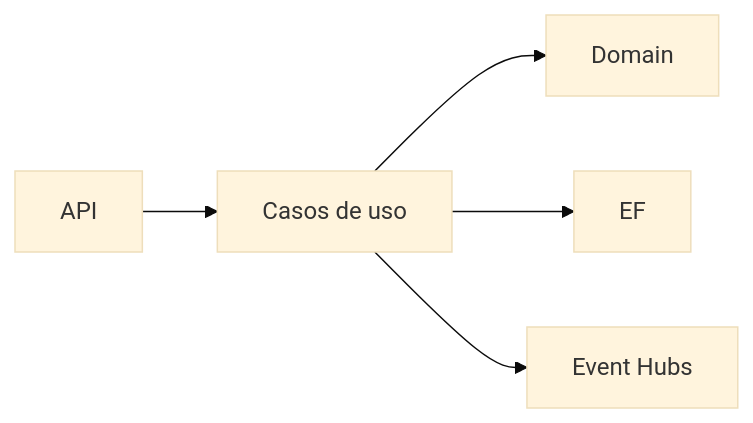
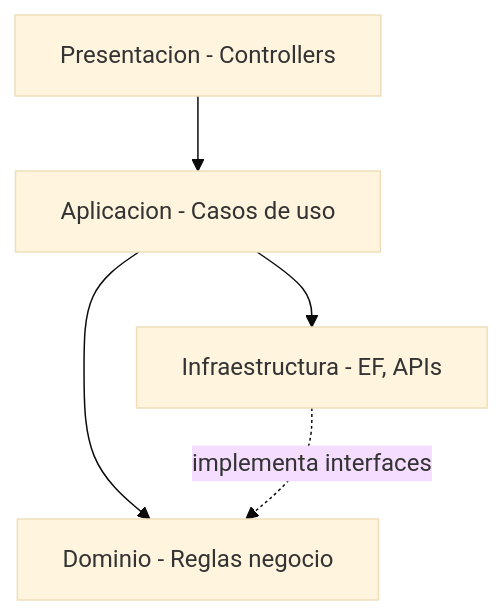
One commit to winbugsmx/ShopDemo changed the sixth of 15 diagrams in docs/teoria-entrevistas/02-arquitecturas-software.md. Above: the diagram before and after it, drawn with Mermaid (base theme). The commit also changed other lines of this file and 114 other files, not shown here.

````diff
--- a/docs/teoria-entrevistas/02-arquitecturas-software.md
+++ b/docs/teoria-entrevistas/02-arquitecturas-software.md
@@ -45,7 +325,11 @@
 ```mermaid
-flowchart LR
-  REST[API] --> UC[Casos de uso]
-  UC --> DOM[Domain]
-  UC --> REPO[EF]
-  UC --> EH[Event Hubs]
+flowchart TB
+  P[Presentacion - Controllers]
+  A[Aplicacion - Casos de uso]
+  D[Dominio - Reglas negocio]
+  I[Infraestructura - EF, APIs]
+  P --> A
+  A --> D
+  A --> I
+  I -.->|implementa interfaces| D
 ```
````
